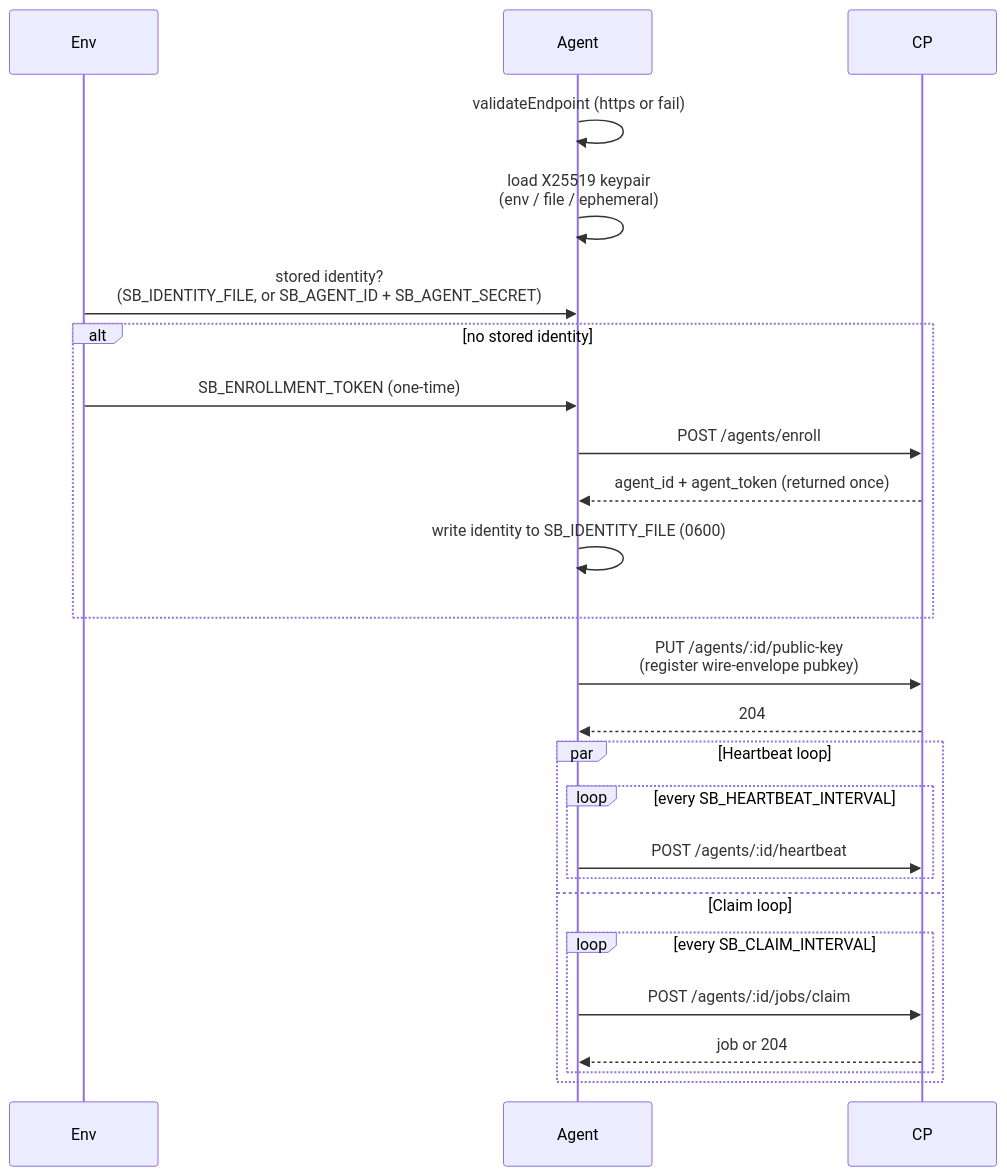
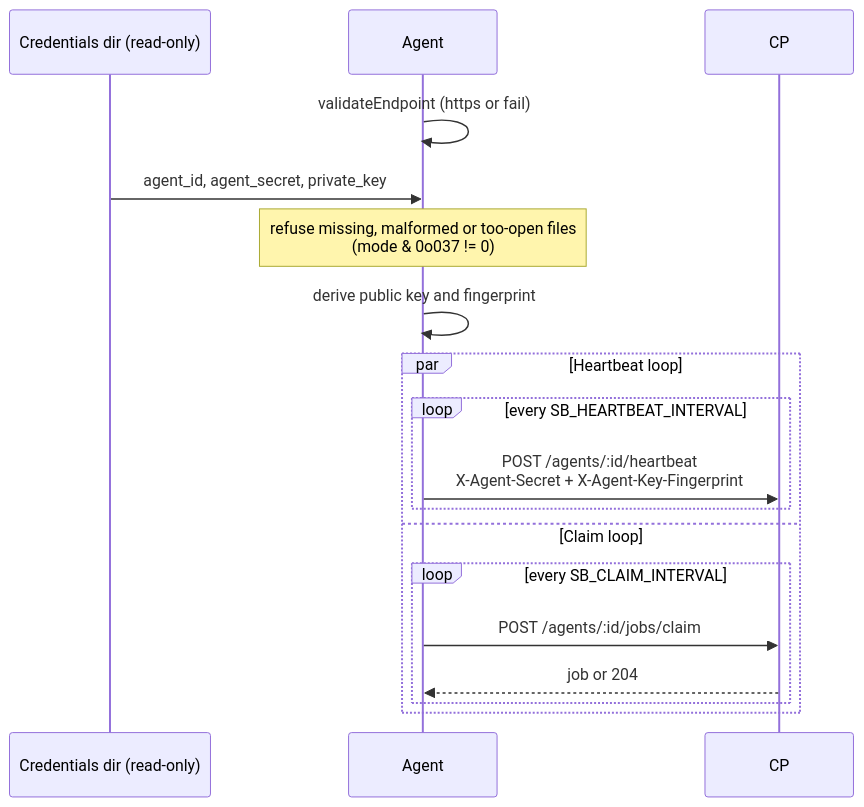
Before and after one commit to secrets-bridge/docs: the diagram in docs/components/agent.md, drawn with Mermaid. The commit also changed other lines of this file and 13 other files, not shown here.

````diff
--- a/docs/components/agent.md
+++ b/docs/components/agent.md
@@ -30,27 +35,20 @@
 ```mermaid
 sequenceDiagram
-    participant Env
+    participant Dir as Credentials dir (read-only)
     participant Agent
     participant CP
     Agent->>Agent: validateEndpoint (https or fail)
-    Agent->>Agent: load X25519 keypair<br/>(env / file / ephemeral)
-    Env->>Agent: stored identity?<br/>(SB_IDENTITY_FILE, or SB_AGENT_ID + SB_AGENT_SECRET)
-    alt no stored identity
-        Env->>Agent: SB_ENROLLMENT_TOKEN (one-time)
-        Agent->>CP: POST /agents/enroll
-        CP-->>Agent: agent_id + agent_token (returned once)
-        Agent->>Agent: write identity to SB_IDENTITY_FILE (0600)
-    end
-    Agent->>CP: PUT /agents/:id/public-key<br/>(register wire-envelope pubkey)
-    CP-->>Agent: 204
+    Dir->>Agent: agent_id, agent_secret, private_key
+    Note over Agent: refuse missing, malformed or too-open files<br/>(mode & 0o037 != 0)
+    Agent->>Agent: derive public key and fingerprint
     par Heartbeat loop
         loop every SB_HEARTBEAT_INTERVAL
-            Agent->>CP: POST /agents/:id/heartbeat
+            Agent->>CP: POST /agents/:id/heartbeat<br/>X-Agent-Secret + X-Agent-Key-Fingerprint
         end
     and Claim loop
         loop every SB_CLAIM_INTERVAL
             Agent->>CP: POST /agents/:id/jobs/claim
             CP-->>Agent: job or 204
         end
     end
 ```
````
